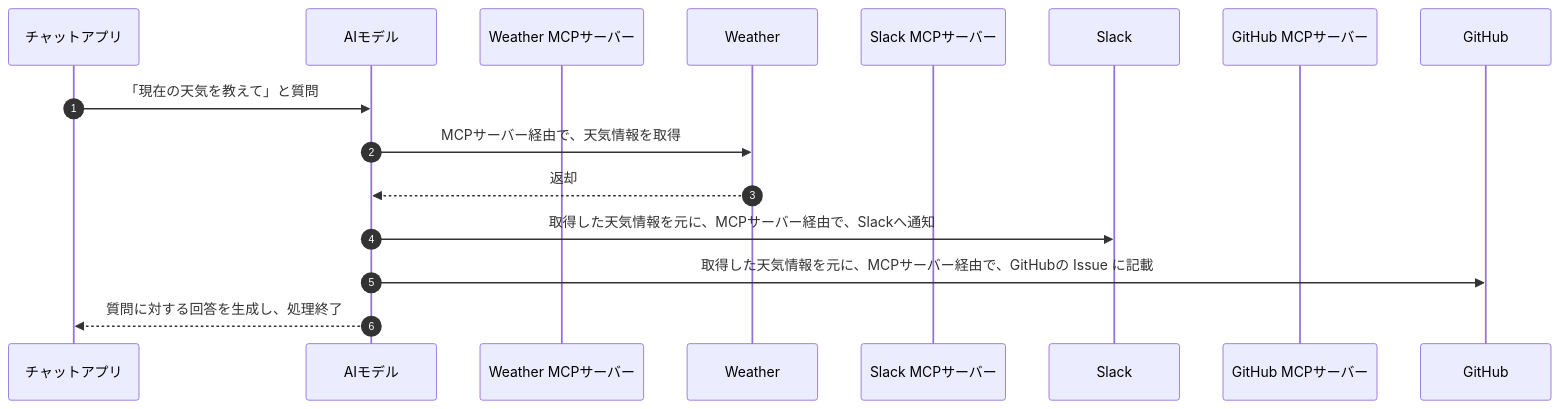
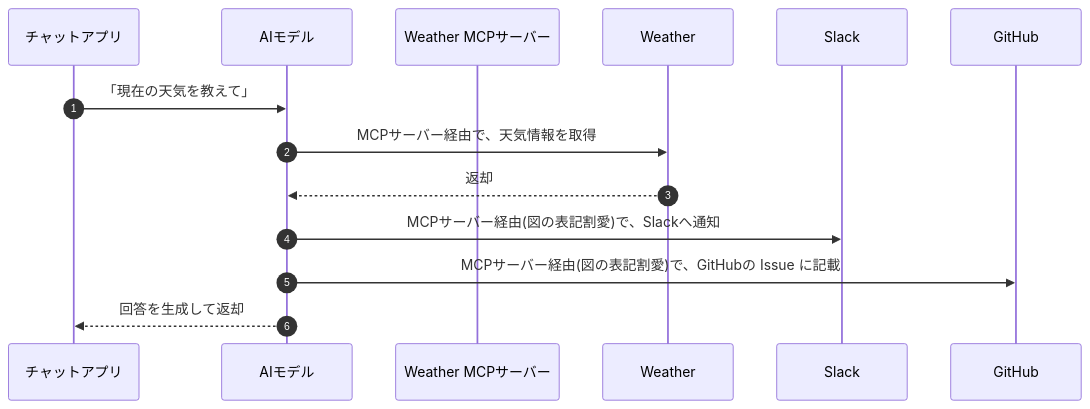
The second of 2 diagrams in articles/mcp_server_summary.md (tsukamoto1783/zenn_content), drawn with Mermaid before and after one commit. The commit also changed other lines of this file, not shown here.

````diff
--- a/articles/mcp_server_summary.md
+++ b/articles/mcp_server_summary.md
@@ -118,19 +120,17 @@
 ```mermaid
 sequenceDiagram
 autonumber
 participant app as チャットアプリ
 participant ai as AIモデル
 participant weatherServer as Weather MCPサーバー
 participant weather as Weather
-participant slackServer as Slack MCPサーバー
 participant slack as Slack
-participant githubServer as GitHub MCPサーバー
 participant github as GitHub
 
-app ->> ai: 「現在の天気を教えて」と質問
+app ->> ai: 「現在の天気を教えて」
 ai ->> weather: MCPサーバー経由で、天気情報を取得
 weather -->> ai: 返却
-ai ->> slack: 取得した天気情報を元に、MCPサーバー経由で、Slackへ通知
-ai ->> github: 取得した天気情報を元に、MCPサーバー経由で、GitHubの Issue に記載
-ai -->> app: 質問に対する回答を生成し、処理終了
+ai ->> slack: MCPサーバー経由(図の表記割愛)で、Slackへ通知
+ai ->> github: MCPサーバー経由(図の表記割愛)で、GitHubの Issue に記載
+ai -->> app: 回答を生成して返却
 ```
````
